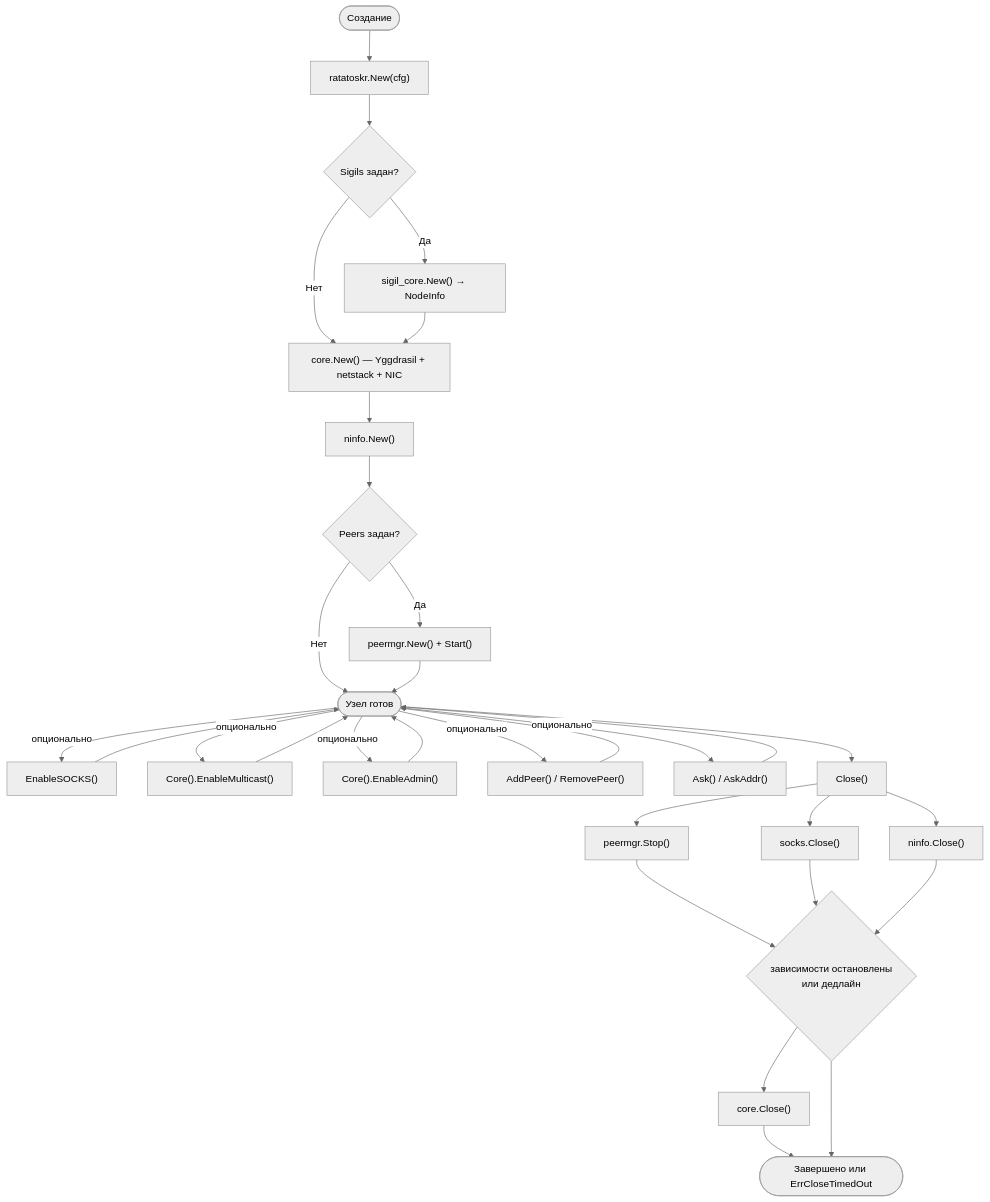
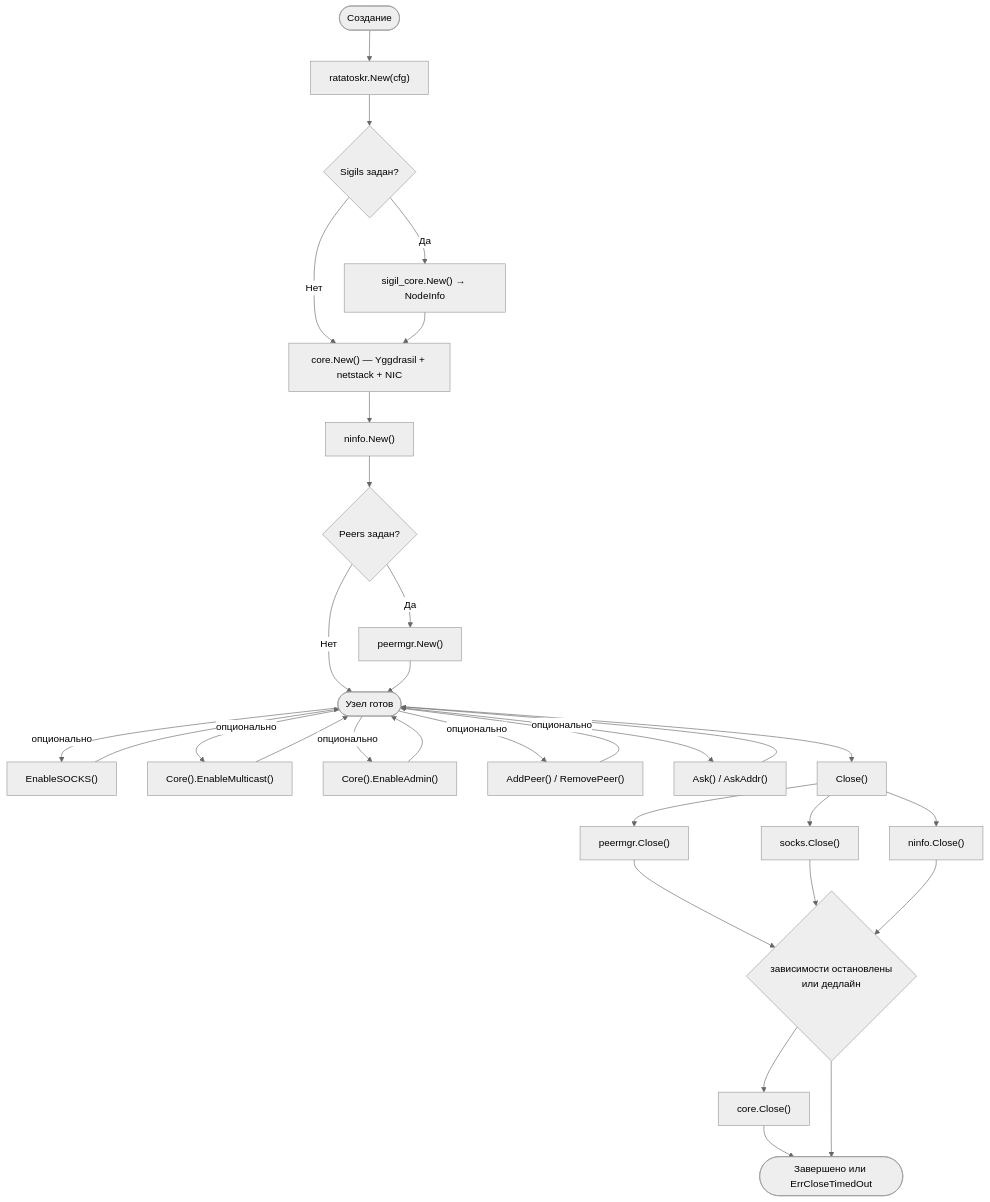
Before and after one commit to voluminor/ratatoskr: the sixth of 6 diagrams in README.RU.md, drawn with Mermaid (neutral theme). The commit also changed other lines of this file and 108 other files, not shown here.

````diff
--- a/README.RU.md
+++ b/README.RU.md
@@ -506,33 +535,33 @@
 ```mermaid
 flowchart TD
   START([Создание]) --> NEW["ratatoskr.New(cfg)"]
   NEW --> SG{Sigils задан?}
   SG -->|Да| SC["sigil_core.New() → NodeInfo"]
   SG -->|Нет| CORE
   SC --> CORE["core.New() — Yggdrasil + netstack + NIC"]
   CORE --> NI["ninfo.New()"]
   NI --> PM{Peers задан?}
-  PM -->|Да| PMSTART["peermgr.New() + Start()"]
+  PM -->|Да| PMSTART["peermgr.New()"]
   PM -->|Нет| READY
   PMSTART --> READY([Узел готов])
   READY -->|опционально| SOCKS["EnableSOCKS()"]
   READY -->|опционально| MC["Core().EnableMulticast()"]
   READY -->|опционально| ADM["Core().EnableAdmin()"]
   READY -->|опционально| PEERS["AddPeer() / RemovePeer()"]
   READY -->|опционально| ASK["Ask() / AskAddr()"]
   SOCKS --> READY
   MC --> READY
   ADM --> READY
   PEERS --> READY
   ASK --> READY
   READY --> CLOSE["Close()"]
-  CLOSE --> S1["peermgr.Stop()"]
+  CLOSE --> S1["peermgr.Close()"]
   CLOSE --> S2["socks.Close()"]
   CLOSE --> S25["ninfo.Close()"]
   S1 --> GATE{"зависимости остановлены<br/>или дедлайн"}
   S2 --> GATE
   S25 --> GATE
   GATE --> S3["core.Close()"]
   S3 --> DONE
   GATE --> DONE([Завершено или ErrCloseTimedOut])
 ```
````
